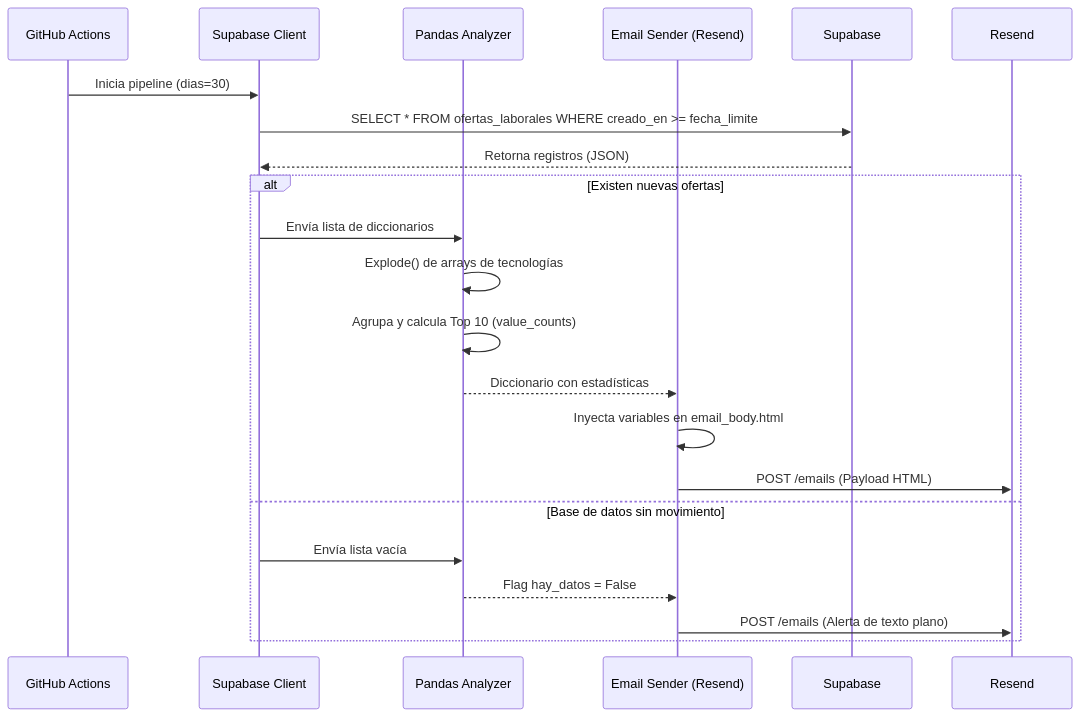
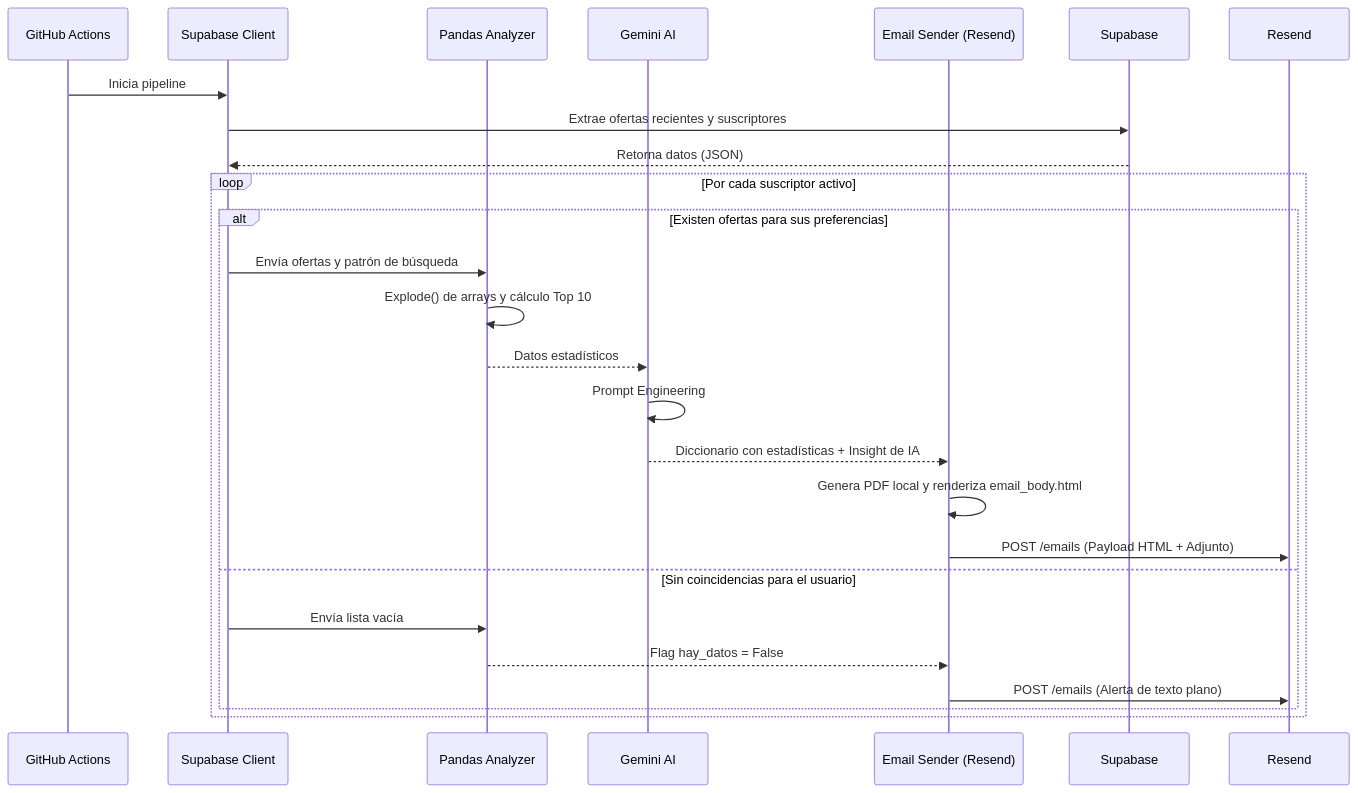
One commit to ErikLujan/tech-job-reporter changed the second of 2 diagrams in README.md. Above: the diagram before and after it, drawn with Mermaid. The commit also changed other lines of this file, not shown here.

````diff
--- a/README.md
+++ b/README.md
@@ -47,24 +54,28 @@
 ```mermaid
 sequenceDiagram
     participant GH as GitHub Actions
     participant DB as Supabase Client
     participant PD as Pandas Analyzer
+    participant AI as Gemini AI
     participant RS as Email Sender (Resend)
 
-    GH->>DB: Inicia pipeline (dias=30)
-    DB->>Supabase: SELECT * FROM ofertas_laborales WHERE creado_en >= fecha_limite
-    Supabase-->>DB: Retorna registros (JSON)
+    GH->>DB: Inicia pipeline
+    DB->>Supabase: Extrae ofertas recientes y suscriptores
+    Supabase-->>DB: Retorna datos (JSON)
     
-    alt Existen nuevas ofertas
-        DB->>PD: Envía lista de diccionarios
-        PD->>PD: Explode() de arrays de tecnologías
-        PD->>PD: Agrupa y calcula Top 10 (value_counts)
-        PD-->>RS: Diccionario con estadísticas
-        RS->>RS: Inyecta variables en email_body.html
-        RS->>Resend: POST /emails (Payload HTML)
-    else Base de datos sin movimiento
-        DB->>PD: Envía lista vacía
-        PD-->>RS: Flag hay_datos = False
-        RS->>Resend: POST /emails (Alerta de texto plano)
+    loop Por cada suscriptor activo
+        alt Existen ofertas para sus preferencias
+            DB->>PD: Envía ofertas y patrón de búsqueda
+            PD->>PD: Explode() de arrays y cálculo Top 10
+            PD-->>AI: Datos estadísticos
+            AI->>AI: Prompt Engineering
+            AI-->>RS: Diccionario con estadísticas + Insight de IA
+            RS->>RS: Genera PDF local y renderiza email_body.html
+            RS->>Resend: POST /emails (Payload HTML + Adjunto)
+        else Sin coincidencias para el usuario
+            DB->>PD: Envía lista vacía
+            PD-->>RS: Flag hay_datos = False
+            RS->>Resend: POST /emails (Alerta de texto plano)
+        end
     end
 ```
````
